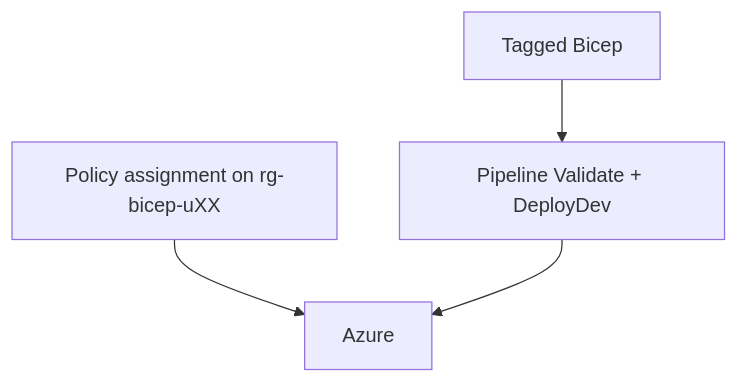
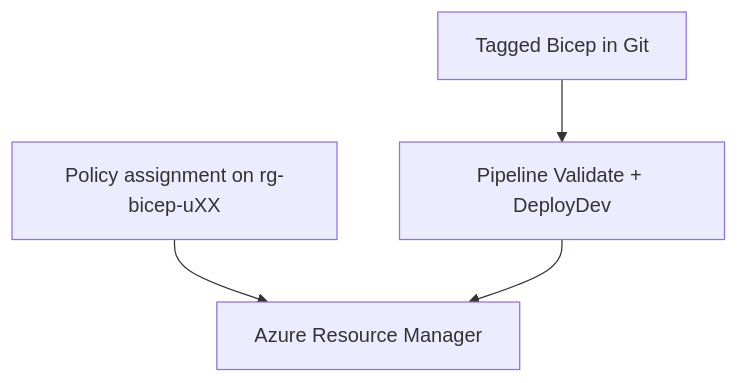
Before and after one commit to atingupta2006/Azure-Bicep-with-Azure-DevOps: the diagram in day-06/notes.md, drawn with Mermaid. The commit also changed other lines of this file and 4 other files, not shown here.

````diff
--- a/day-06/notes.md
+++ b/day-06/notes.md
@@ -40,6 +76,6 @@
 ```mermaid
 flowchart TB
-  bicep["Tagged Bicep"] --> pipe["Pipeline Validate + DeployDev"]
-  pol["Policy assignment on rg-bicep-uXX"] --> azure[Azure]
+  bicep["Tagged Bicep in Git"] --> pipe["Pipeline Validate + DeployDev"]
+  pol["Policy assignment on rg-bicep-uXX"] --> azure[Azure Resource Manager]
   pipe --> azure
 ```
````
